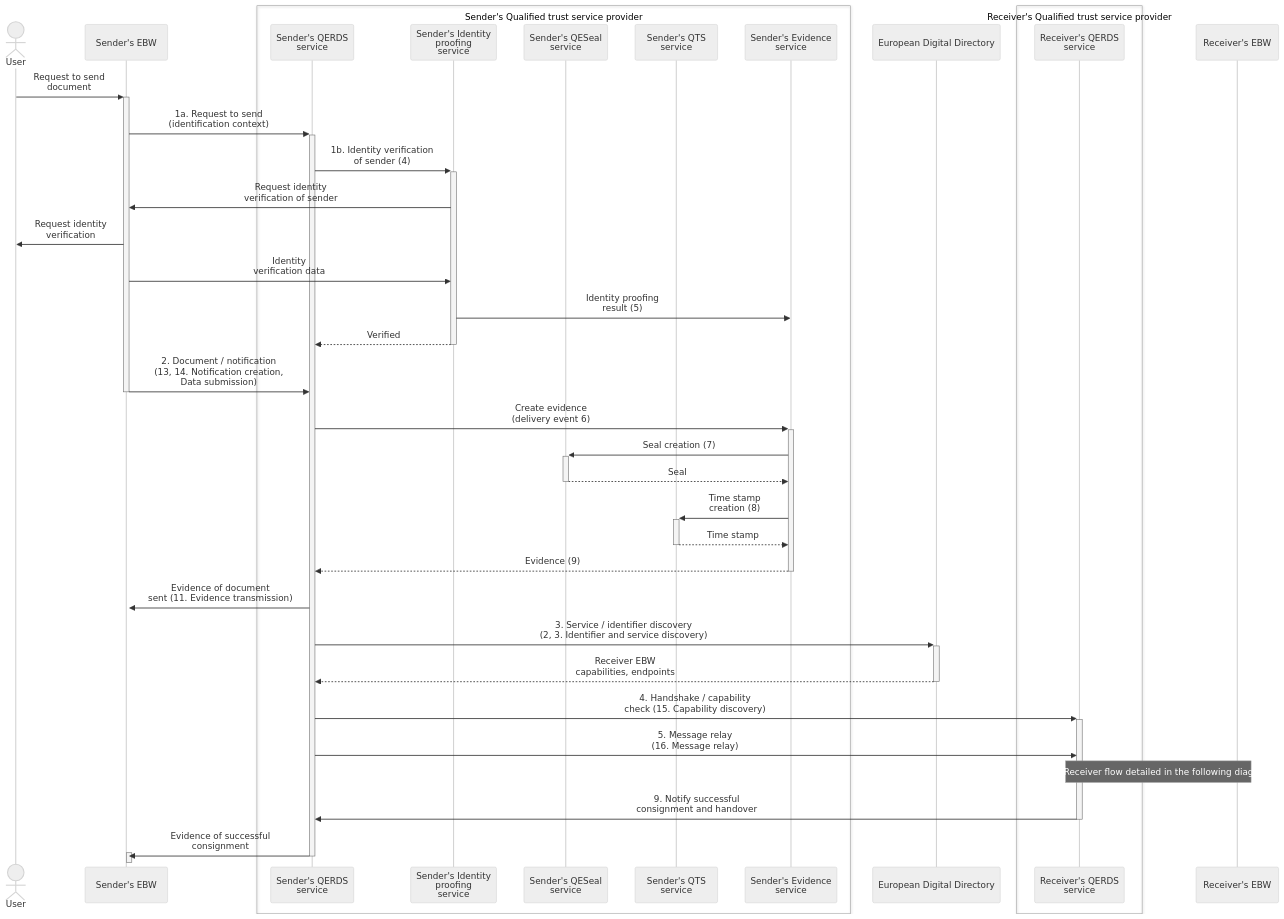
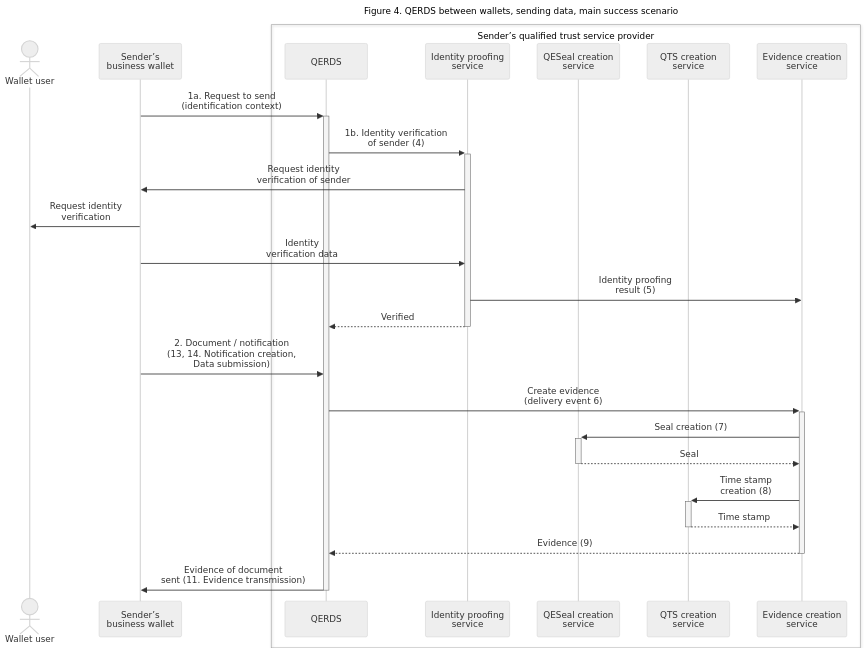
One commit to webuild-consortium/wp4-qtsp-group changed the fourth of 5 diagrams in docs/qerds/architecture.md. Above: the diagram before and after it, drawn with Mermaid (neutral theme). The commit also changed other lines of this file and 2 other files, not shown here.

First line of the commit message:
Refactor QERDS architecture specifications

````diff
--- a/docs/qerds/architecture.md
+++ b/docs/qerds/architecture.md
@@ -224,46 +262,31 @@
 ```mermaid
+---
+title: Figure 4. QERDS between wallets, sending data, main success scenario
+---
 sequenceDiagram
-    actor User as User
-    participant Sender as Sender's EBW
-    box Sender's Qualified trust service provider
-        participant S_QTSP as Sender's QERDS<br>service
-        participant S_IPS as Sender's Identity<br>proofing<br>service
-        participant S_QES as Sender's QESeal<br>service 
-        participant S_QTS as Sender's QTS<br>service 
-        participant S_ECS as Sender's Evidence<br>service 
+    actor User as Wallet user
+    participant Sender as Sender’s<br>business wallet
+    box Sender’s qualified trust service provider
+        participant S_QTSP as QERDS
+        participant S_IPS as Identity proofing<br>service
+        participant S_QES as QESeal creation<br>service 
+        participant S_QTS as QTS creation<br>service 
+        participant S_ECS as Evidence creation<br>service 
     end
-    participant DD as European Digital Directory
-    box Receiver's Qualified trust service provider
-        participant R_QTSP as Receiver's QERDS<br>service
-    end
-    participant Receiver as Receiver's EBW
 
-    User->>+Sender: Request to send<br>document
     Sender->>+S_QTSP: 1a. Request to send<br>(identification context)
     S_QTSP->>+S_IPS: 1b. Identity verification<br>of sender (4)
     S_IPS->>Sender: Request identity<br>verification of sender
     Sender->>User: Request identity<br>verification 
     Sender->>S_IPS: Identity<br>verification data 
     S_IPS->>S_ECS: Identity proofing<br>result (5)
     S_IPS-->>-S_QTSP: Verified
     Sender->>S_QTSP: 2. Document / notification<br>(13, 14. Notification creation,<br>Data submission)
-    deactivate Sender
     S_QTSP->>+S_ECS: Create evidence<br>(delivery event 6)
     S_ECS->>+S_QES: Seal creation (7)
     S_QES-->>-S_ECS: Seal
     S_ECS->>+S_QTS: Time stamp<br>creation (8)
     S_QTS-->>-S_ECS: Time stamp
     S_ECS-->>-S_QTSP: Evidence (9)
-    S_QTSP->>+Sender: Evidence of document<br>sent (11. Evidence transmission)
-
-    S_QTSP->>+DD: 3. Service / identifier discovery<br>(2, 3. Identifier and service discovery)
-    DD-->>-S_QTSP: Receiver EBW<br>capabilities, endpoints
-    S_QTSP->>+R_QTSP: 4. Handshake / capability<br>check (15. Capability discovery)
-    S_QTSP->>R_QTSP: 5. Message relay<br>(16. Message relay)
-    note over R_QTSP,Receiver: ref: Receiver flow detailed in the following diagram
-    R_QTSP->>S_QTSP: 9. Notify successful<br>consignment and handover
-    deactivate R_QTSP
-    S_QTSP->>+Sender: Evidence of successful<br>consignment 
-    deactivate Sender
-    deactivate S_QTSP
+    S_QTSP->>-Sender: Evidence of document<br>sent (11. Evidence transmission)
 ```
````
